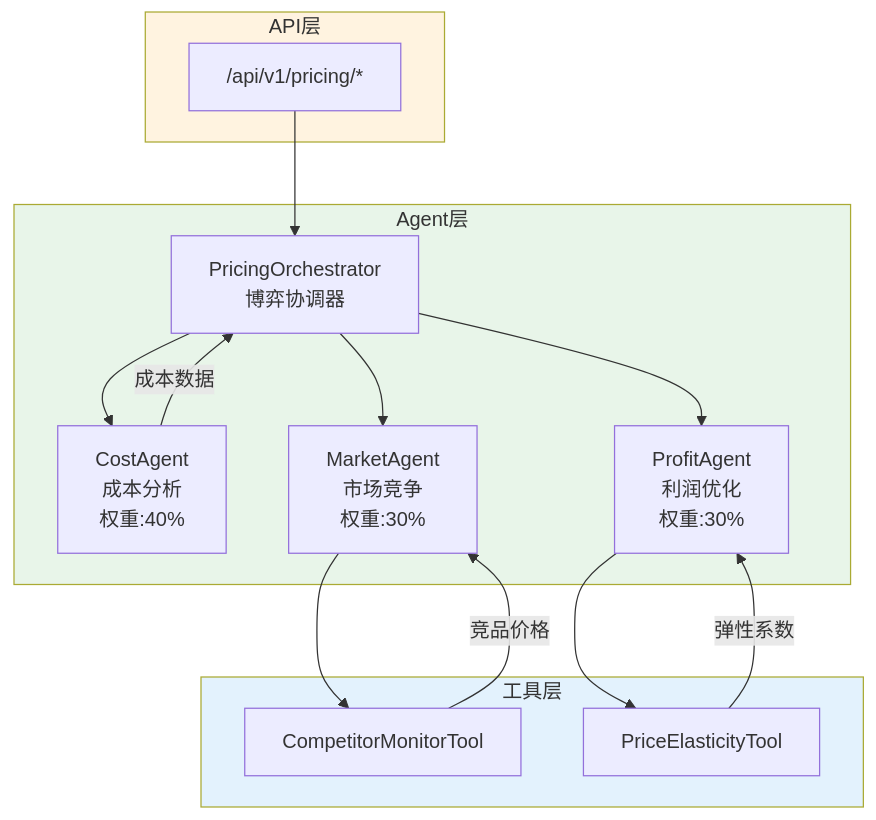
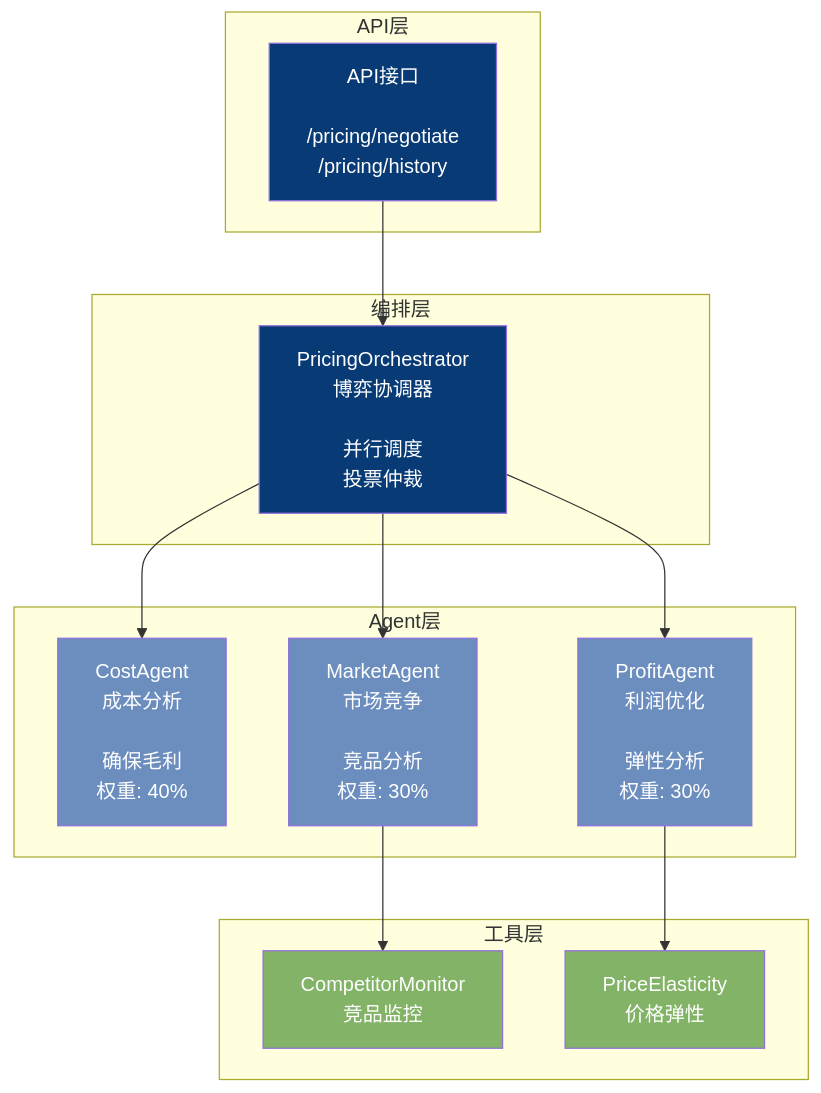
One commit to Aiting-for-you/OpsPilot changed the first of 2 diagrams in OpsPilot/docs/architecture/module-pricing.md. Above: the diagram before and after it, drawn with Mermaid. The commit also changed other lines of this file and 6 other files, not shown here.

Commit message:
style: 重构架构图设计，采用C4模型原则

````diff
--- a/OpsPilot/docs/architecture/module-pricing.md
+++ b/OpsPilot/docs/architecture/module-pricing.md
@@ -5,33 +5,36 @@
 ```mermaid
 graph TB
     subgraph API层
-        API["/api/v1/pricing/*"]
+        API[API接口<br/><br/>/pricing/negotiate<br/>/pricing/history]
     end
-    
+
+    subgraph 编排层
+        ORCH[PricingOrchestrator<br/>博弈协调器<br/><br/>并行调度<br/>投票仲裁]
+    end
+
     subgraph Agent层
-        ORCH["PricingOrchestrator<br/>博弈协调器"]
-        COST["CostAgent<br/>成本分析<br/>权重:40%"]
-        MARKET["MarketAgent<br/>市场竞争<br/>权重:30%"]
-        PROFIT["ProfitAgent<br/>利润优化<br/>权重:30%"]
+        COST[CostAgent<br/>成本分析<br/><br/>确保毛利<br/>权重: 40%]
+        MARKET[MarketAgent<br/>市场竞争<br/><br/>竞品分析<br/>权重: 30%]
+        PROFIT[ProfitAgent<br/>利润优化<br/><br/>弹性分析<br/>权重: 30%]
     end
-    
+
     subgraph 工具层
-        MONITOR["CompetitorMonitorTool"]
-        ELASTIC["PriceElasticityTool"]
+        MONITOR[CompetitorMonitor<br/>竞品监控]
+        ELASTIC[PriceElasticity<br/>价格弹性]
     end
-    
+
     API --> ORCH
     ORCH --> COST
     ORCH --> MARKET
     ORCH --> PROFIT
-    
-    COST --> |"成本数据"| ORCH
     MARKET --> MONITOR
     PROFIT --> ELASTIC
-    MONITOR --> |"竞品价格"| MARKET
-    ELASTIC --> |"弹性系数"| PROFIT
 
-    style API层 fill:#fff3e0
-    style Agent层 fill:#e8f5e9
-    style 工具层 fill:#e3f2fd
+    style API fill:#083B75,color:#fff
+    style ORCH fill:#083B75,color:#fff
+    style COST fill:#6C8EBF,color:#fff
+    style MARKET fill:#6C8EBF,color:#fff
+    style PROFIT fill:#6C8EBF,color:#fff
+    style MONITOR fill:#82B366,color:#fff
+    style ELASTIC fill:#82B366,color:#fff
 ```
````
